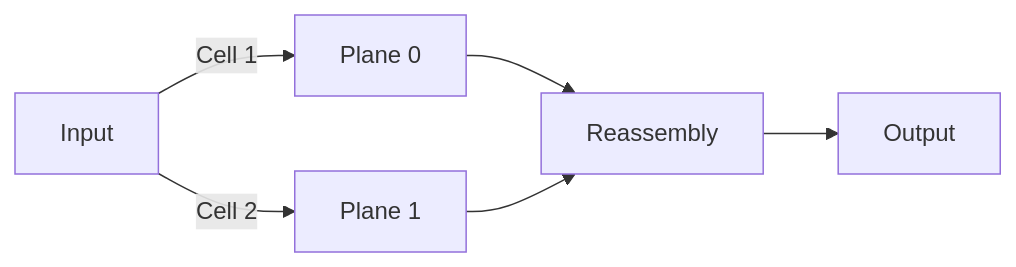
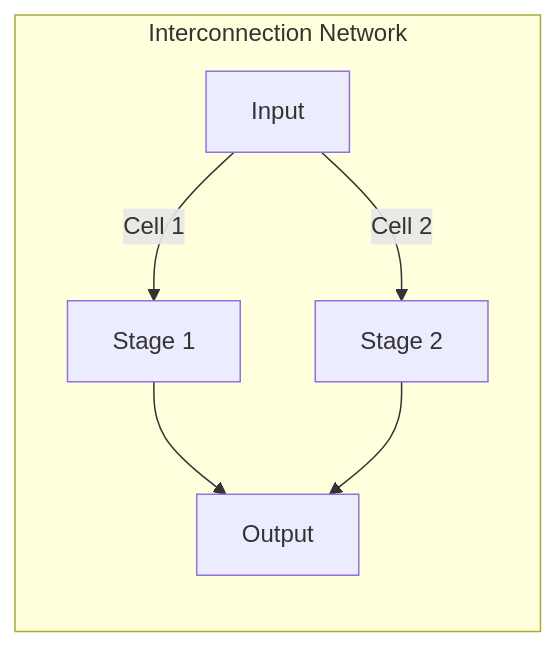
Before and after one commit to 2Kronos/Computer-Engineering-Knowledge-: the second of 2 diagrams in Uni vault/YEAR 3/Network System/Chapters/Chapter 4/CH 4.2.md, drawn with Mermaid. The commit also changed other lines of this file, not shown here.

````diff
--- a/Uni vault/YEAR 3/Network System/Chapters/Chapter 4/CH 4.2.md
+++ b/Uni vault/YEAR 3/Network System/Chapters/Chapter 4/CH 4.2.md
@@ -76,6 +129,9 @@
 ```mermaid  
 flowchart LR  
-    A[Input] -->|Cell 1| B[Plane 0]  
-    A -->|Cell 2| C[Plane 1]  
-    B & C --> D[Reassembly] --> E[Output]  
+    subgraph "Interconnection Network"  
+    A[Input] -->|Cell 1| B[Stage 1]  
+    A -->|Cell 2| C[Stage 2]  
+    B --> D[Output]  
+    C --> D  
+    end  
 ```  
````
